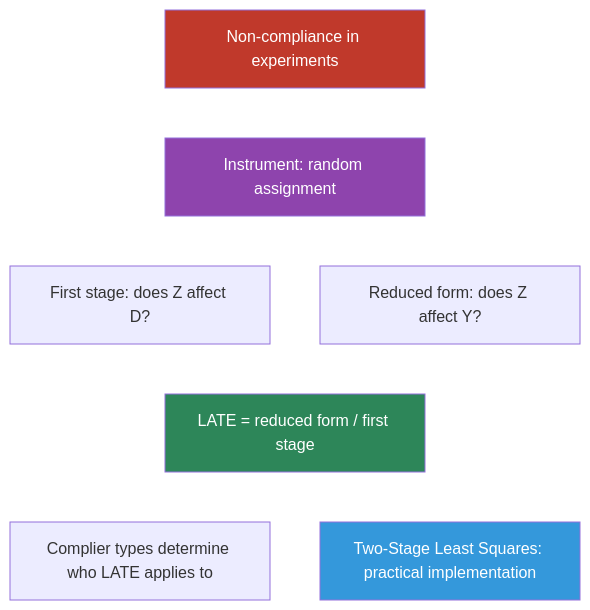
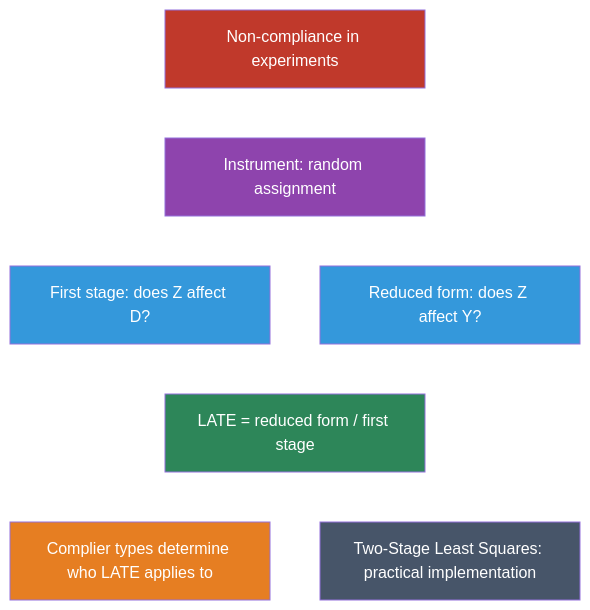
The third of 3 diagrams in notebooks_md/03-instrumental-variables.md (cmg777/intro2causal), drawn with Mermaid before and after one commit. The commit also changed other lines of this file and 17 other files, not shown here.

````diff
--- a/notebooks_md/03-instrumental-variables.md
+++ b/notebooks_md/03-instrumental-variables.md
@@ -437,24 +532,27 @@
 ```mermaid
 
 graph TD
     Q["Non-compliance in experiments"]
     Z["Instrument: random assignment"]
     FS["First stage: does Z affect D?"]
     RF["Reduced form: does Z affect Y?"]
     LATE["LATE = reduced form / first stage"]
     CT["Complier types determine who LATE applies to"]
     TSLS["Two-Stage Least Squares: practical implementation"]
 
     Q --> Z --> FS
     Z --> RF
     FS --> LATE
     RF --> LATE
     LATE --> CT
     LATE --> TSLS
 
     style Q fill:#c0392b,color:#fff
     style Z fill:#8e44ad,color:#fff
+    style FS fill:#3498db,color:#fff
+    style RF fill:#3498db,color:#fff
     style LATE fill:#2d8659,color:#fff
-    style TSLS fill:#3498db,color:#fff
+    style CT fill:#e67e22,color:#fff
+    style TSLS fill:#475569,color:#fff
     linkStyle default stroke:#fff,stroke-width:2px
 ```
````
